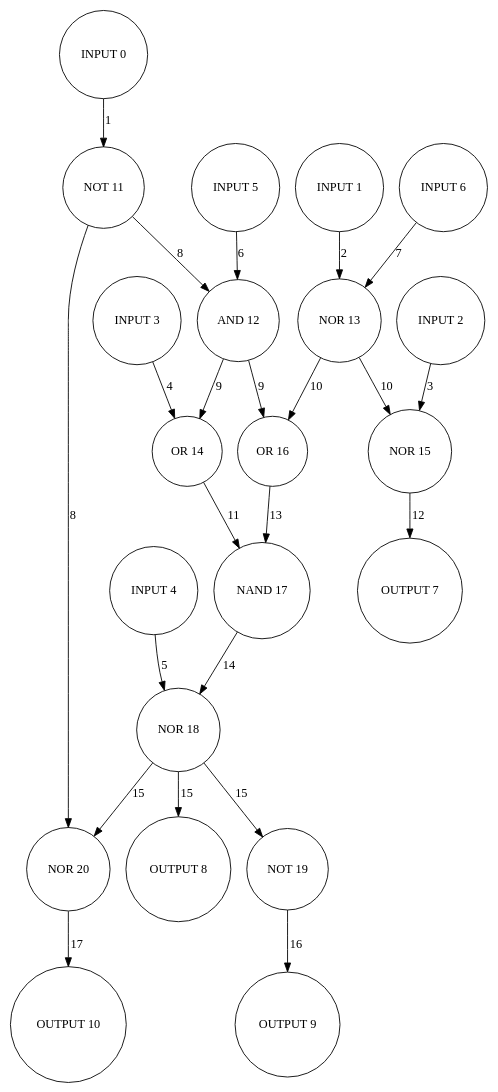
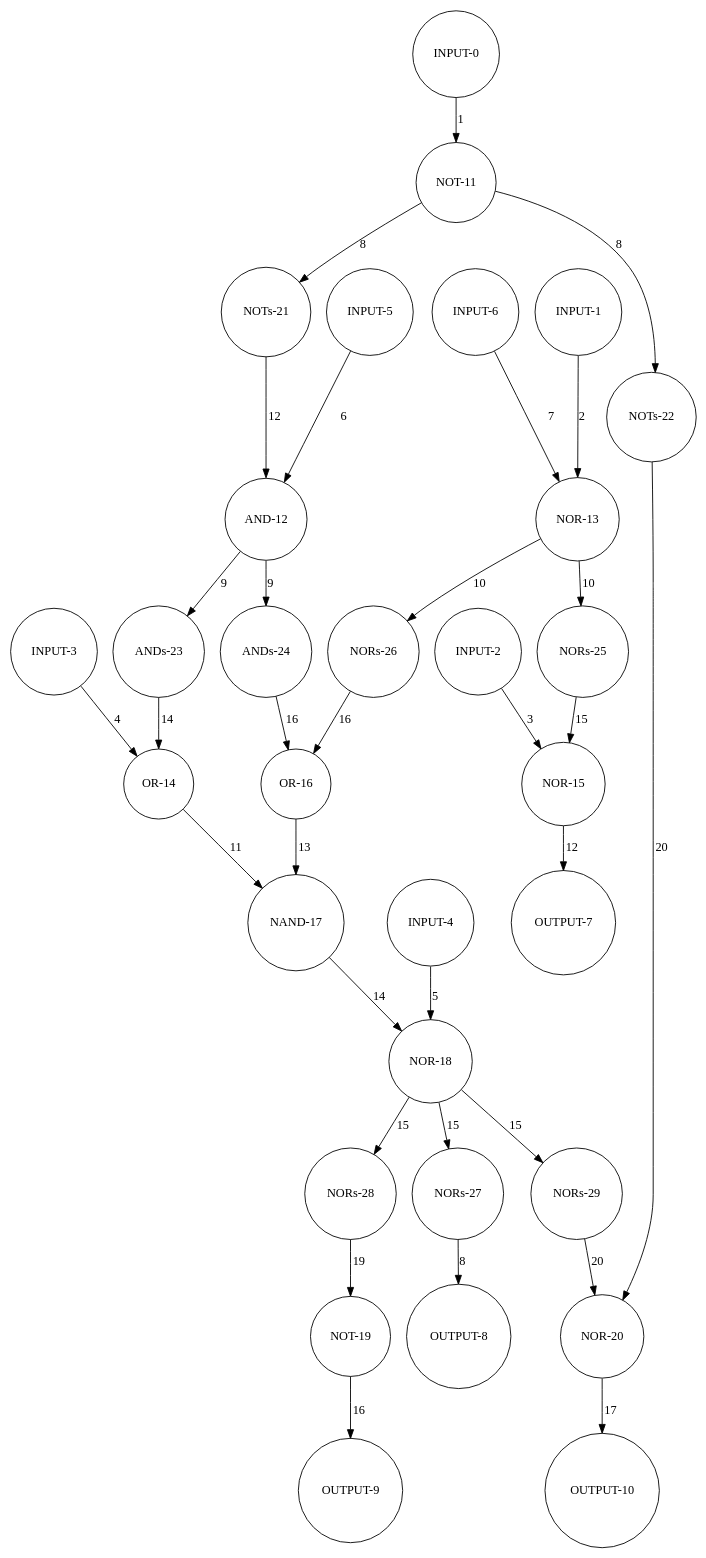
Before and after one commit to MakisChristou/ParallelCircuitSimulator: the diagram in netlist.dot, drawn with Graphviz. The commit also changed 5 other files, not shown here.

```diff
--- a/netlist.dot
+++ b/netlist.dot
@@ -1,45 +1,63 @@
 digraph {
-0 [label="INPUT 0",shape=circle];
-1 [label="INPUT 1",shape=circle];
-2 [label="INPUT 2",shape=circle];
-3 [label="INPUT 3",shape=circle];
-4 [label="INPUT 4",shape=circle];
-5 [label="INPUT 5",shape=circle];
-6 [label="INPUT 6",shape=circle];
-7 [label="OUTPUT 7",shape=circle];
-8 [label="OUTPUT 8",shape=circle];
-9 [label="OUTPUT 9",shape=circle];
-10 [label="OUTPUT 10",shape=circle];
-11 [label="NOT 11",shape=circle];
-12 [label="AND 12",shape=circle];
-13 [label="NOR 13",shape=circle];
-14 [label="OR 14",shape=circle];
-15 [label="NOR 15",shape=circle];
-16 [label="OR 16",shape=circle];
-17 [label="NAND 17",shape=circle];
-18 [label="NOR 18",shape=circle];
-19 [label="NOT 19",shape=circle];
-20 [label="NOR 20",shape=circle];
+0 [label="INPUT-0",shape=circle];
+1 [label="INPUT-1",shape=circle];
+2 [label="INPUT-2",shape=circle];
+3 [label="INPUT-3",shape=circle];
+4 [label="INPUT-4",shape=circle];
+5 [label="INPUT-5",shape=circle];
+6 [label="INPUT-6",shape=circle];
+7 [label="OUTPUT-7",shape=circle];
+8 [label="OUTPUT-8",shape=circle];
+9 [label="OUTPUT-9",shape=circle];
+10 [label="OUTPUT-10",shape=circle];
+11 [label="NOT-11",shape=circle];
+12 [label="AND-12",shape=circle];
+13 [label="NOR-13",shape=circle];
+14 [label="OR-14",shape=circle];
+15 [label="NOR-15",shape=circle];
+16 [label="OR-16",shape=circle];
+17 [label="NAND-17",shape=circle];
+18 [label="NOR-18",shape=circle];
+19 [label="NOT-19",shape=circle];
+20 [label="NOR-20",shape=circle];
+21 [label="NOTs-21",shape=circle];
+22 [label="NOTs-22",shape=circle];
+23 [label="ANDs-23",shape=circle];
+24 [label="ANDs-24",shape=circle];
+25 [label="NORs-25",shape=circle];
+26 [label="NORs-26",shape=circle];
+27 [label="NORs-27",shape=circle];
+28 [label="NORs-28",shape=circle];
+29 [label="NORs-29",shape=circle];
 0 -> 11[label="1"];
 1 -> 13[label="2"];
 2 -> 15[label="3"];
 3 -> 14[label="4"];
 4 -> 18[label="5"];
 5 -> 12[label="6"];
 6 -> 13[label="7"];
-11 -> 12[label="8"];
-11 -> 20[label="8"];
-12 -> 14[label="9"];
-12 -> 16[label="9"];
-13 -> 15[label="10"];
-13 -> 16[label="10"];
+11 -> 21[label="8"];
+11 -> 22[label="8"];
+12 -> 23[label="9"];
+12 -> 24[label="9"];
+13 -> 25[label="10"];
+13 -> 26[label="10"];
 14 -> 17[label="11"];
 15 -> 7[label="12"];
 16 -> 17[label="13"];
 17 -> 18[label="14"];
-18 -> 8[label="15"];
-18 -> 19[label="15"];
-18 -> 20[label="15"];
+18 -> 27[label="15"];
+18 -> 28[label="15"];
+18 -> 29[label="15"];
 19 -> 9[label="16"];
 20 -> 10[label="17"];
+21 -> 12[label="12"];
+22 -> 20[label="20"];
+23 -> 14[label="14"];
+24 -> 16[label="16"];
+25 -> 15[label="15"];
+26 -> 16[label="16"];
+27 -> 8[label="8"];
+28 -> 19[label="19"];
+29 -> 20[label="20"];
 }
```
